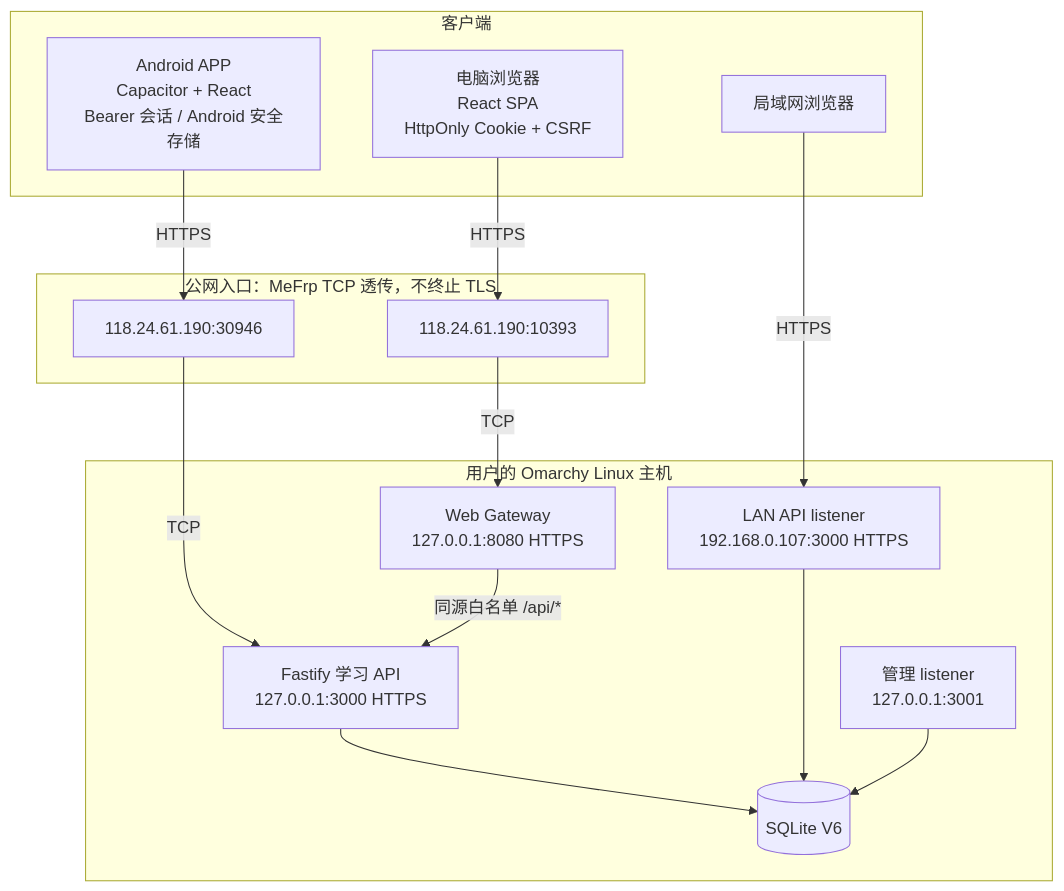
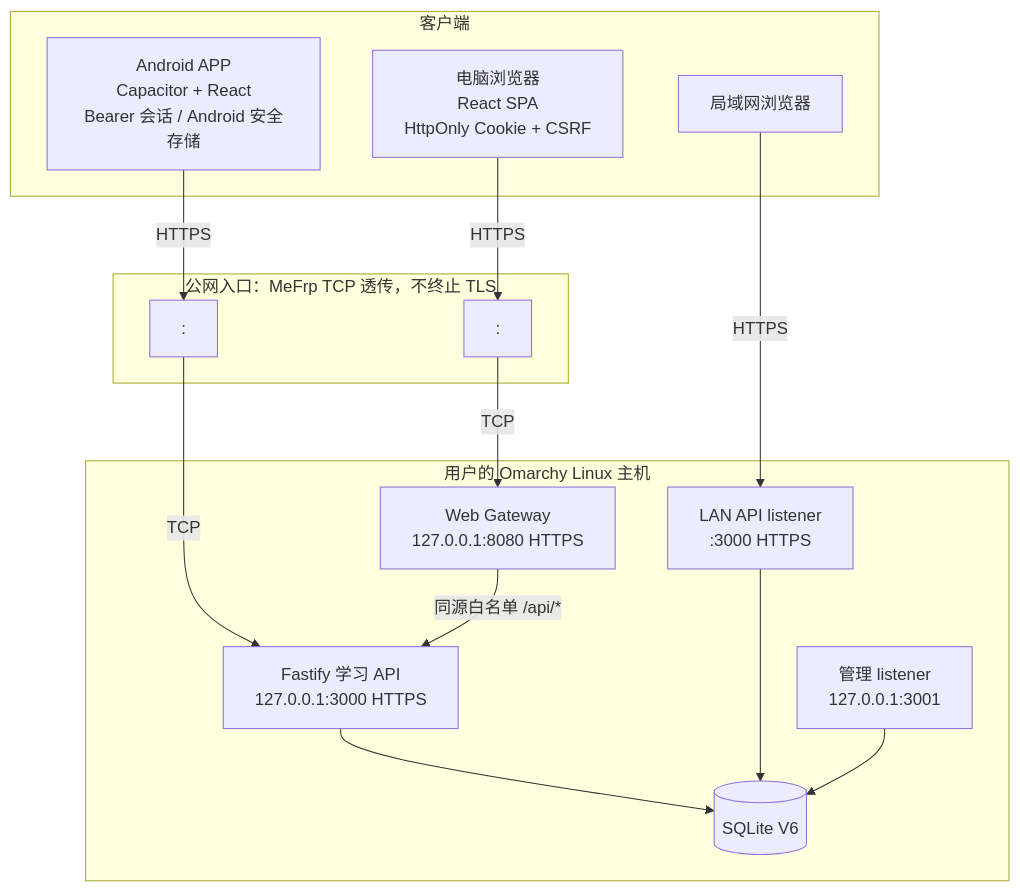
Before and after one commit to MilchstraBe-Endless10/theory-exam: the diagram in docs/PROJECT_GUIDE.md, drawn with Mermaid. The commit also changed other lines of this file and 12 other files, not shown here.

````diff
--- a/docs/PROJECT_GUIDE.md
+++ b/docs/PROJECT_GUIDE.md
@@ -21,28 +21,28 @@
 ```mermaid
 flowchart TB
   subgraph Clients[客户端]
     Android[Android APP\nCapacitor + React\nBearer 会话 / Android 安全存储]
     Browser[电脑浏览器\nReact SPA\nHttpOnly Cookie + CSRF]
     LocalBrowser[局域网浏览器]
   end
 
   subgraph PublicEdge[公网入口：MeFrp TCP 透传，不终止 TLS]
-    APIEdge[118.24.61.190:30946]
-    WebEdge[118.24.61.190:10393]
+    APIEdge[<PUBLIC_HOST>:<PUBLIC_API_PORT>]
+    WebEdge[<PUBLIC_HOST>:<PUBLIC_WEB_PORT>]
   end
 
   subgraph Host[用户的 Omarchy Linux 主机]
     APITLS[Fastify 学习 API\n127.0.0.1:3000 HTTPS]
     WebTLS[Web Gateway\n127.0.0.1:8080 HTTPS]
-    LANAPI[LAN API listener\n192.168.0.107:3000 HTTPS]
+    LANAPI[LAN API listener\n<LAN_IP>:3000 HTTPS]
     Admin[管理 listener\n127.0.0.1:3001]
     SQLite[(SQLite V6)]
   end
 
   Android -->|HTTPS| APIEdge -->|TCP| APITLS
   Browser -->|HTTPS| WebEdge -->|TCP| WebTLS -->|同源白名单 /api/*| APITLS
   LocalBrowser -->|HTTPS| LANAPI
   APITLS --> SQLite
   LANAPI --> SQLite
   Admin --> SQLite
 ```
````
